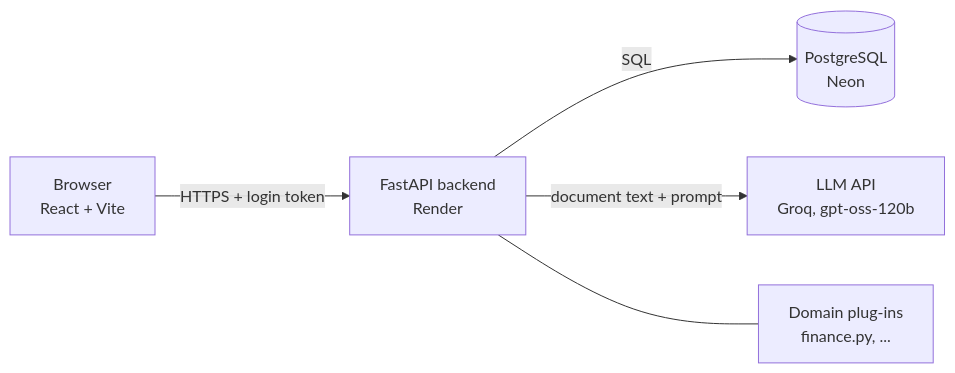
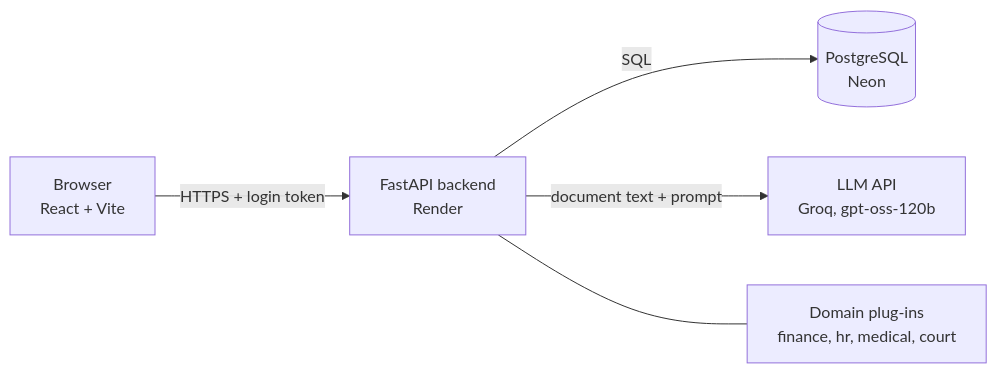
One commit to Shrijay-Naik/clearclause changed the first of 2 diagrams in README.md. Above: the diagram before and after it, drawn with Mermaid. The commit also changed other lines of this file, not shown here.

````diff
--- a/README.md
+++ b/README.md
@@ -30,7 +81,7 @@
 ```mermaid
 flowchart LR
     U["Browser<br/>React + Vite"] -- "HTTPS + login token" --> A["FastAPI backend<br/>Render"]
     A -- "SQL" --> D[("PostgreSQL<br/>Neon")]
     A -- "document text + prompt" --> L["LLM API<br/>Groq, gpt-oss-120b"]
-    A --- P["Domain plug-ins<br/>finance.py, ..."]
+    A --- P["Domain plug-ins<br/>finance, hr, medical, court"]
 ```
````
